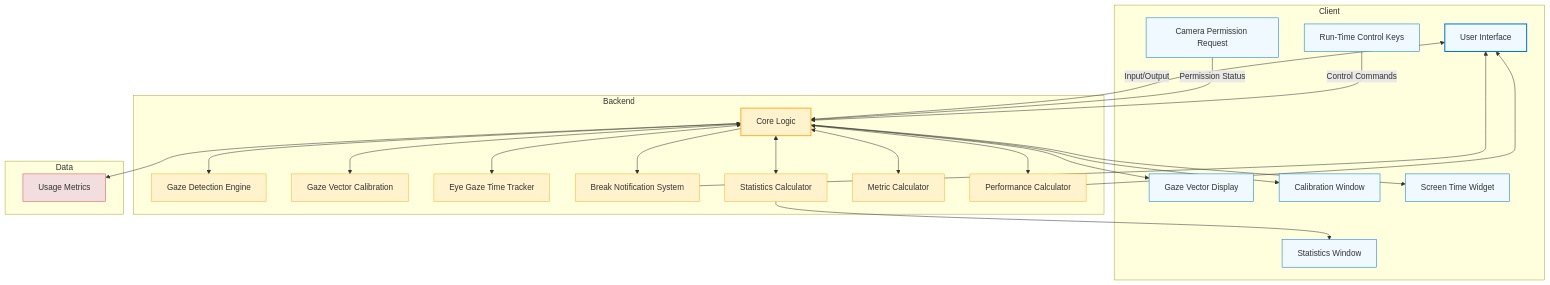
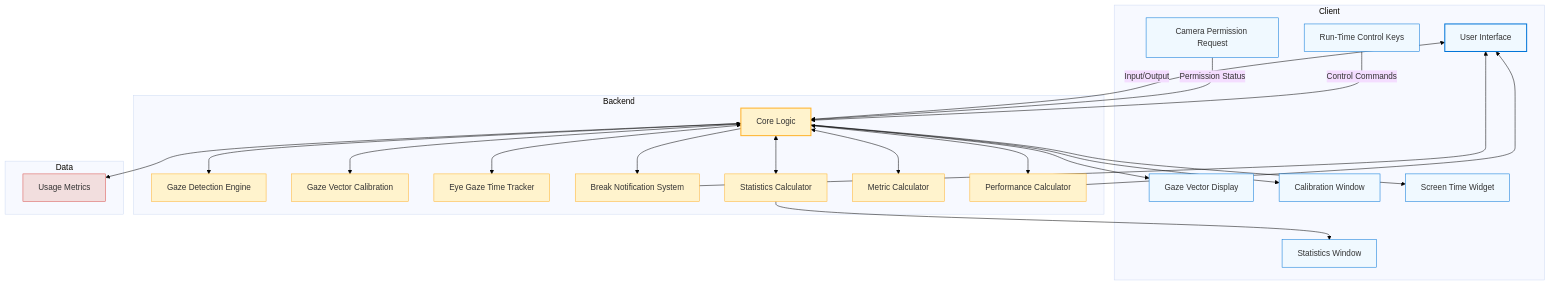
The first of 2 diagrams in docs/BLOG_DRAFT.md (inbasperu/VisionGuard), drawn with Mermaid before and after one commit. The commit also changed 20 other files, not shown here.

````diff
--- a/docs/BLOG_DRAFT.md
+++ b/docs/BLOG_DRAFT.md
@@ -24,63 +24,64 @@
 ```mermaid
+%%{init: {'theme': 'base', 'themeVariables': { 'background': '#ffffff' }}}%%
 graph TD
     subgraph Client
         UI[User Interface]
         GVD[Gaze Vector Display]
         GCW[Calibration Window]
         STW[Screen Time Widget]
         STS[Statistics Window]
         CPR[Camera Permission Request]
         RCK[Run-Time Control Keys]
     end
 
     subgraph Backend
         CL[Core Logic]
         GDM[Gaze Detection Engine]
         GVC[Gaze Vector Calibration]
         EGT[Eye Gaze Time Tracker]
         BNS[Break Notification System]
         SC[Statistics Calculator]
         MC[Metric Calculator]
         PC[Performance Calculator]
     end
 
     subgraph Data
         UM[Usage Metrics]
     end
 
     UI <-->|Input/Output| CL
     CPR -->|Permission Status| CL
     RCK -->|Control Commands| CL
     CL <--> UM
     CL <--> GDM
     CL <--> GVC
     CL <--> EGT
     CL --> BNS
     CL <--> SC
     CL <--> MC
     CL <--> PC
     
     BNS --> UI
     CL --> GVD
     CL --> GCW
     CL --> STW
     SC --> STS
     PC --> UI
 
     style UI fill:#f0f9ff,stroke:#0275d8,stroke-width:2px
     style GVD fill:#f0f9ff,stroke:#0275d8,stroke-width:1px
     style GCW fill:#f0f9ff,stroke:#0275d8,stroke-width:1px
     style STW fill:#f0f9ff,stroke:#0275d8,stroke-width:1px
     style STS fill:#f0f9ff,stroke:#0275d8,stroke-width:1px
     style CPR fill:#f0f9ff,stroke:#0275d8,stroke-width:1px
     style RCK fill:#f0f9ff,stroke:#0275d8,stroke-width:1px
     style CL fill:#fff3cd,stroke:#ffb22b,stroke-width:2px
     style GDM fill:#fff3cd,stroke:#ffb22b,stroke-width:1px
     style GVC fill:#fff3cd,stroke:#ffb22b,stroke-width:1px
     style EGT fill:#fff3cd,stroke:#ffb22b,stroke-width:1px
     style BNS fill:#fff3cd,stroke:#ffb22b,stroke-width:1px
     style SC fill:#fff3cd,stroke:#ffb22b,stroke-width:1px
     style MC fill:#fff3cd,stroke:#ffb22b,stroke-width:1px
     style PC fill:#fff3cd,stroke:#ffb22b,stroke-width:1px
     style UM fill:#f2dede,stroke:#d9534f,stroke-width:1px
 ```
````
